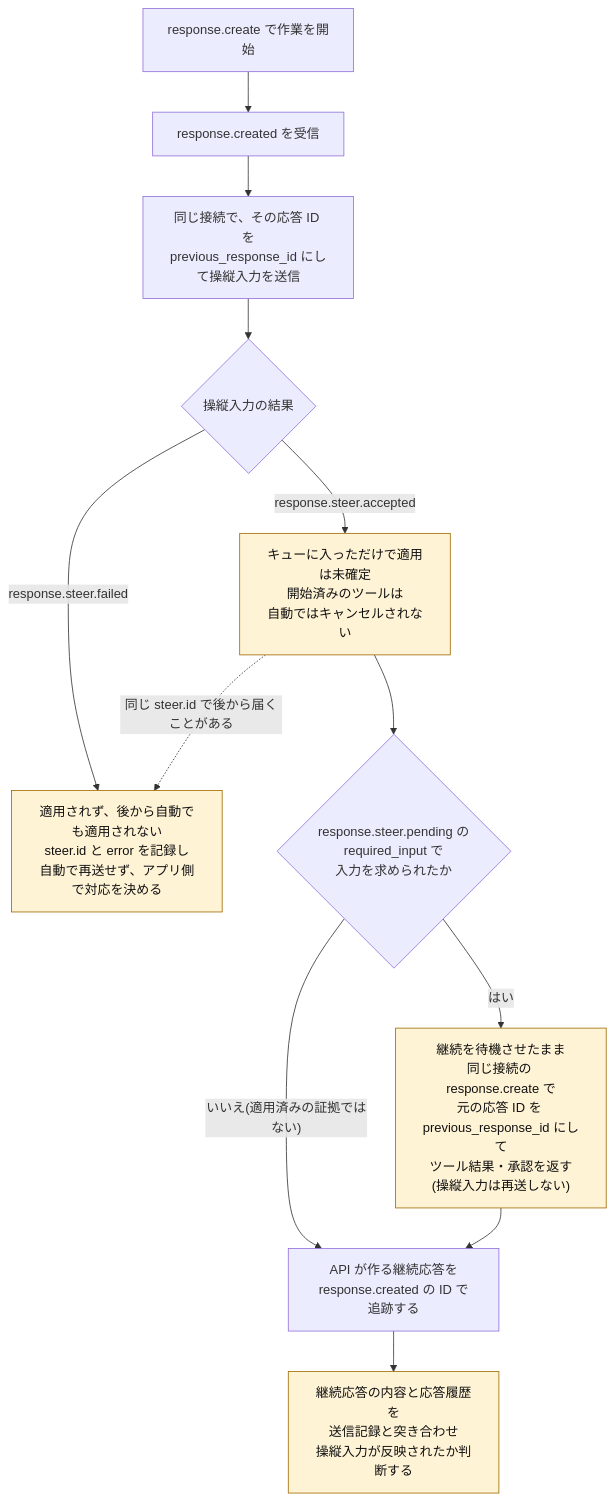
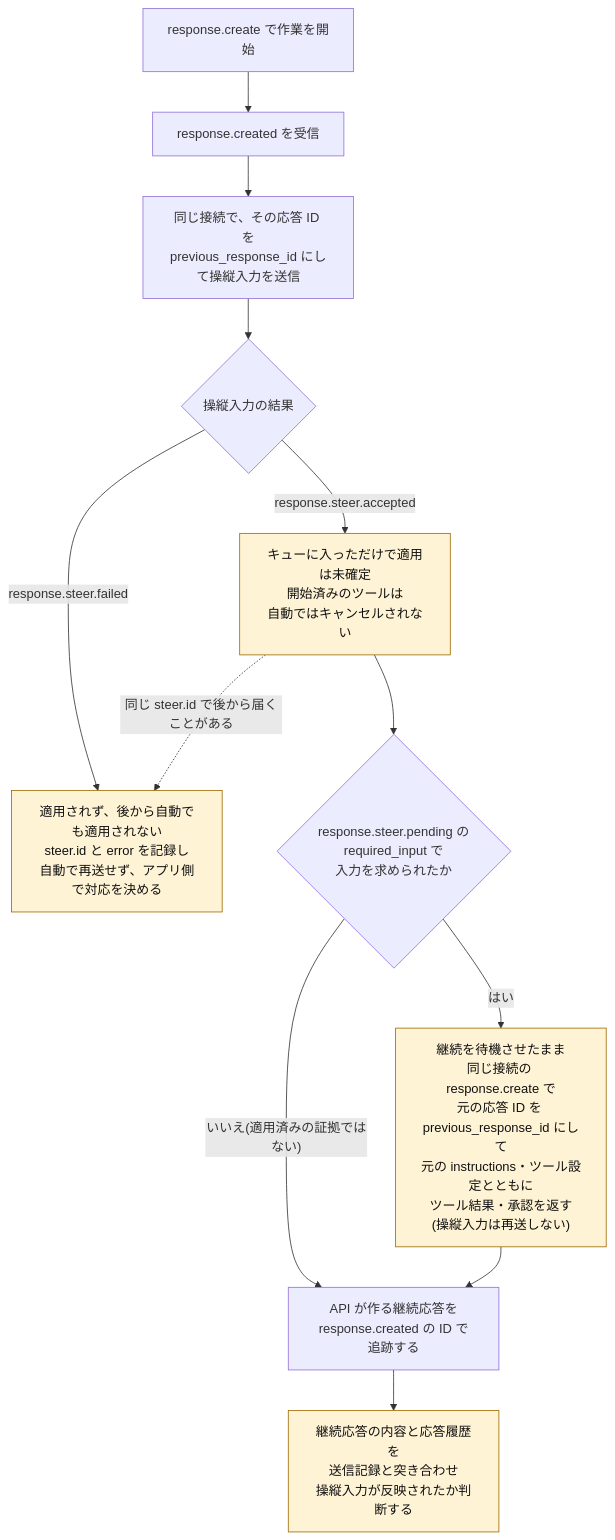
Before and after one commit to myoshi2891/Comparison-of-LLMs: the eighth of 12 diagrams in Openai-gpt-6-astra-best-practices-guide.md, drawn with Mermaid. The commit also changed other lines of this file, not shown here.

Commit message:
docs(openai): clarify cache retention minimums, full history resend under ZDR, and steering response options in Astra guide

````diff
--- a/Openai-gpt-6-astra-best-practices-guide.md
+++ b/Openai-gpt-6-astra-best-practices-guide.md
@@ -533,16 +534,16 @@
 ```mermaid
 flowchart TB
   A["response.create で作業を開始"] --> B["response.created を受信"]
   B --> C["同じ接続で、その応答 ID を<br/>previous_response_id にして操縦入力を送信"]
   C --> S{"操縦入力の結果"}
   S -- "response.steer.accepted" --> T["キューに入っただけで適用は未確定<br/>開始済みのツールは<br/>自動ではキャンセルされない"]
   S -- "response.steer.failed" --> F["適用されず、後から自動でも適用されない<br/>steer.id と error を記録し<br/>自動で再送せず、アプリ側で対応を決める"]
   T -. "同じ steer.id で後から届くことがある" .-> F
   T --> P{"response.steer.pending の<br/>required_input で<br/>入力を求められたか"}
   P -- "いいえ(適用済みの証拠ではない)" --> D["API が作る継続応答を<br/>response.created の ID で追跡する"]
-  P -- "はい" --> W["継続を待機させたまま<br/>同じ接続の response.create で<br/>元の応答 ID を previous_response_id にして<br/>ツール結果・承認を返す<br/>(操縦入力は再送しない)"]
+  P -- "はい" --> W["継続を待機させたまま<br/>同じ接続の response.create で<br/>元の応答 ID を previous_response_id にして<br/>元の instructions・ツール設定とともに<br/>ツール結果・承認を返す<br/>(操縦入力は再送しない)"]
   W --> D
   D --> E["継続応答の内容と応答履歴を<br/>送信記録と突き合わせ<br/>操縦入力が反映されたか判断する"]
   classDef warn fill:#fff3d6,stroke:#a06a00,color:#111
   class T,F,W,E warn
 ```
````
